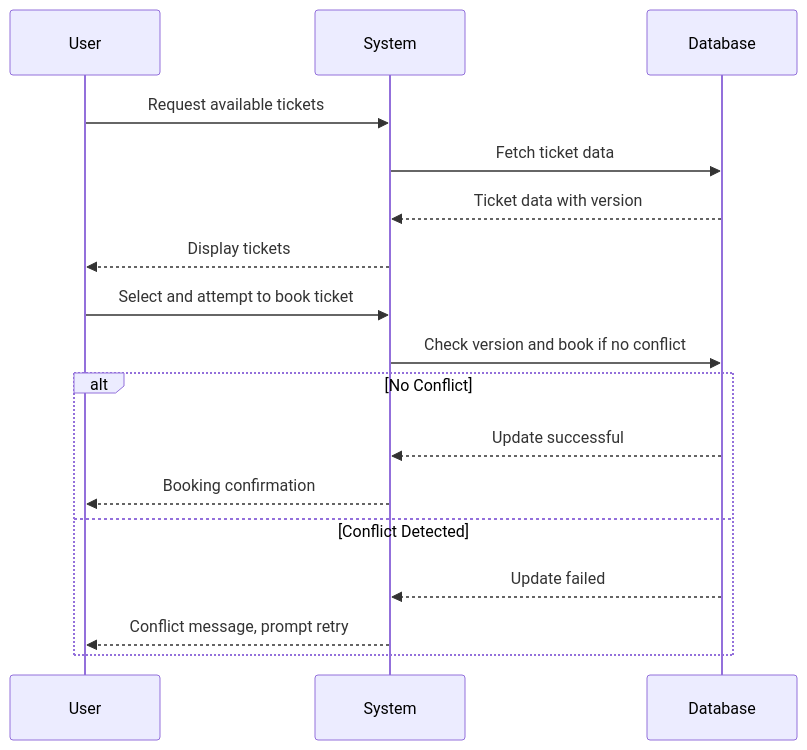
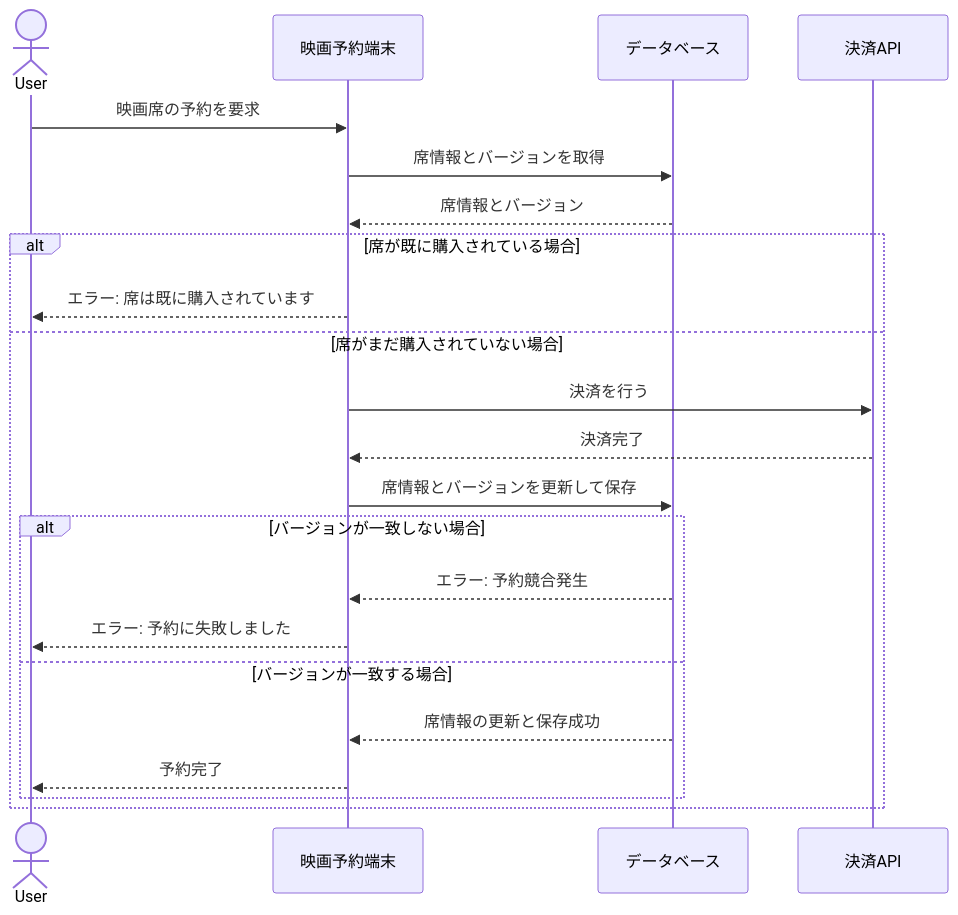
One commit to seiha-tsuge/p-challenge changed the diagram in database/p-challenge-21/README.md. Above: the diagram before and after it, drawn with Mermaid. The commit also changed other lines of this file, not shown here.

````diff
--- a/database/p-challenge-21/README.md
+++ b/database/p-challenge-21/README.md
@@ -278,21 +278,26 @@
 ``` mermaid
 sequenceDiagram
-    participant U as User
-    participant S as System
-    participant DB as Database
+    actor User
 
-    U->>S: Request available tickets
-    S->>DB: Fetch ticket data
-    DB-->>S: Ticket data with version
-    S-->>U: Display tickets
+    participant Terminal as 映画予約端末
+    participant Database as データベース
+    participant PaymentAPI as 決済API
 
-    U->>S: Select and attempt to book ticket
-    S->>DB: Check version and book if no conflict
-    alt No Conflict
-        DB-->>S: Update successful
-        S-->>U: Booking confirmation
-    else Conflict Detected
-        DB-->>S: Update failed
-        S-->>U: Conflict message, prompt retry
+    User->>Terminal: 映画席の予約を要求
+    Terminal->>Database: 席情報とバージョンを取得
+    Database-->>Terminal: 席情報とバージョン
+    alt 席が既に購入されている場合
+        Terminal-->>User: エラー: 席は既に購入されています
+    else 席がまだ購入されていない場合
+        Terminal->>PaymentAPI: 決済を行う
+        PaymentAPI-->>Terminal: 決済完了
+        Terminal->>Database: 席情報とバージョンを更新して保存
+        alt バージョンが一致しない場合
+            Database-->>Terminal: エラー: 予約競合発生
+            Terminal-->>User: エラー: 予約に失敗しました
+        else バージョンが一致する場合
+            Database-->>Terminal: 席情報の更新と保存成功
+            Terminal-->>User: 予約完了
+        end
     end
 ```
````
